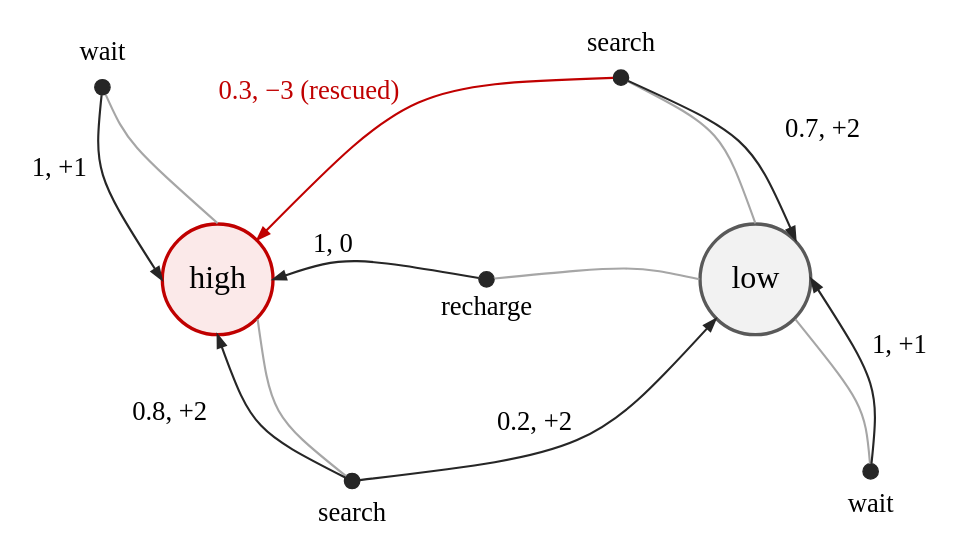
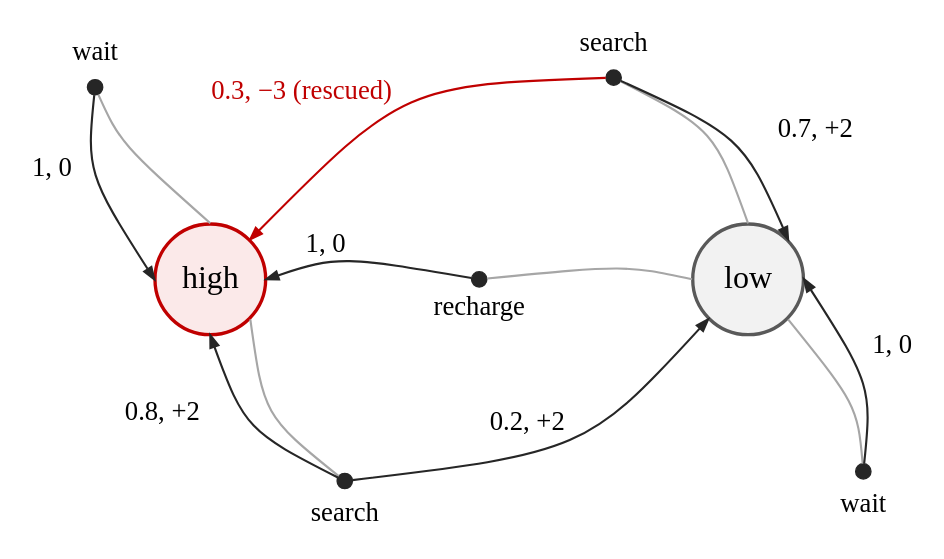
The diagram in course/lectures/week01/introduction_media/recycling_robot.dot (barisakgun/rl-course-revamp), drawn with Graphviz before and after one commit. The commit also changed 45 other files, not shown here.

```diff
--- a/course/lectures/week01/introduction_media/recycling_robot.dot
+++ b/course/lectures/week01/introduction_media/recycling_robot.dot
@@ -1,47 +1,48 @@
 // Recycling robot (Sutton & Barto, Example 3.3), redrawn with numbers instead of symbols.
 // alpha = 0.8 (search at high stays high), beta = 0.7 (search at low stays low);
-// rewards are the deck's illustrative values: search +2, wait +1, recharge 0, rescue -3.
+// rewards are the deck's illustrative values: search +2, wait 0, recharge 0, rescue -3.
+// (wait was +1 until 2026-10-07; with gamma = 0.5 that made waiting at low optimal)
 // Edge label: "probability, reward". Grey lines: choosing an action; black arrows: outcomes.
 // Layout is pinned (pos="x,y!" in inches), so render with neato:
 //   neato -Tpng -Gdpi=200 recycling_robot.dot -o recycling_robot.png
 //   neato -Tsvg recycling_robot.dot -o recycling_robot.svg
 digraph recycling_robot {
   layout=neato; splines=curved; bgcolor="white"; pad=0.2;
   node [fontname="Calibri", fontsize=24];
   edge [fontname="Calibri", fontsize=20, arrowsize=0.9, penwidth=1.6];
 
   // States
   high [pos="0,0!",   shape=circle, width=1.15, fixedsize=true, style=filled, fillcolor="#FBE9E9", color="#C00000", penwidth=2.5];
   low  [pos="5.6,0!", shape=circle, width=1.15, fixedsize=true, style=filled, fillcolor="#F2F2F2", color="#595959", penwidth=2.5];
 
   // Actions: small dots; their names are separate pinned labels
   node [shape=point, width=0.16, color="#262626"];
   hw [pos="-1.2,2.0!"];  hs [pos="1.4,-2.1!"];
   lr [pos="2.8,0!"];
   ls [pos="4.2,2.1!"];   lw [pos="6.8,-2.0!"];
   node [shape=plaintext, fontsize=20, width=0, height=0, margin=0];
   hw_t [pos="-1.2,2.35!", label="wait"];
   hs_t [pos="1.4,-2.45!", label="search"];
   lr_t [pos="2.8,-0.3!",  label="recharge"];
   ls_t [pos="4.2,2.45!",  label="search"];
   lw_t [pos="6.8,-2.35!", label="wait"];
 
   // Choosing an action (grey, no arrowhead), leaving from one side of the state
   edge [arrowhead=none, color="#A6A6A6"];
   high:n -> hw; high:se -> hs;
   low:w -> lr; low:n -> ls; low:se -> lw;
 
   // Outcomes (black arrows); their "probability, reward" labels are pinned below
   edge [arrowhead=normal, color="#262626"];
   hw -> high:w; hs -> high:s; hs -> low:sw; lr -> high:e; ls -> low:ne; lw -> low:e;
   ls -> high:ne [color="#C00000"];
 
   node [shape=plaintext, fontsize=20, width=0, height=0, margin=0];
-  o_hw [pos="-1.65,1.15!", label="1, +1"];
+  o_hw [pos="-1.65,1.15!", label="1, 0"];
   o_hs [pos="-0.5,-1.4!",  label="0.8, +2"];
   o_hl [pos="3.3,-1.5!",   label="0.2, +2"];
   o_lr [pos="1.2,0.35!",   label="1, 0"];
   o_ls [pos="6.3,1.55!",   label="0.7, +2"];
   o_lh [pos="0.95,1.95!",  label="0.3, −3 (rescued)", fontcolor="#C00000"];
-  o_lw [pos="7.1,-0.7!",   label="1, +1"];
+  o_lw [pos="7.1,-0.7!",   label="1, 0"];
 }
```
